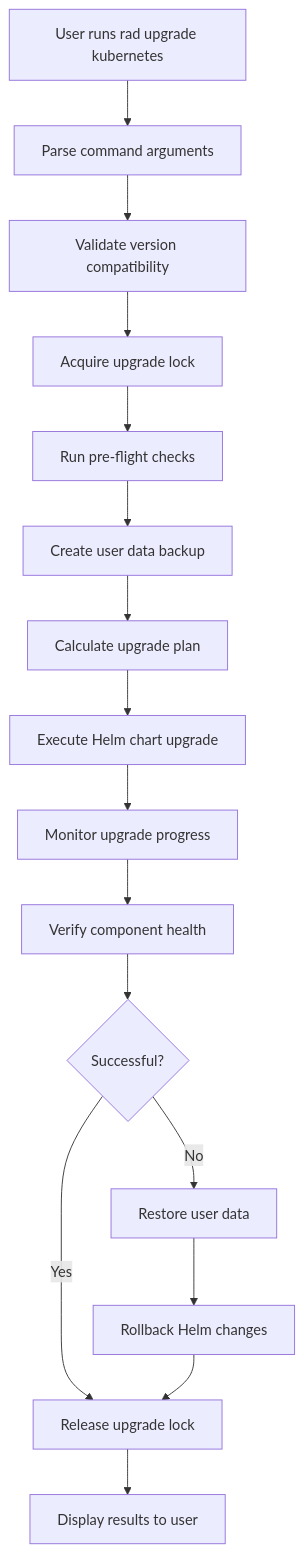
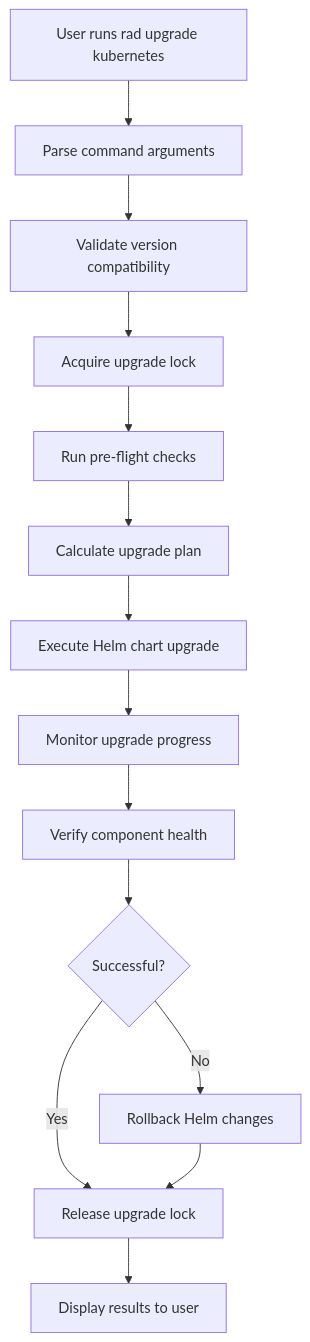
Before and after one commit to radius-project/design-notes: the third of 3 diagrams in architecture/2025-03-upgrade-design-doc.md, drawn with Mermaid. The commit also changed other lines of this file, not shown here.

````diff
--- a/architecture/2025-03-upgrade-design-doc.md
+++ b/architecture/2025-03-upgrade-design-doc.md
@@ -328,18 +314,16 @@
 ```mermaid
 graph TD
     Start[User runs rad upgrade kubernetes] --> ParseArgs[Parse command arguments]
     ParseArgs --> ValidateVersion[Validate version compatibility]
     ValidateVersion --> AcquireLock[Acquire upgrade lock]
     AcquireLock --> RunPreflights[Run pre-flight checks]
-    RunPreflights --> UserDataBackup[Create user data backup]
-    UserDataBackup --> PlanUpgrade[Calculate upgrade plan]
+    RunPreflights --> PlanUpgrade[Calculate upgrade plan]
     PlanUpgrade --> ExecuteHelmUpgrade[Execute Helm chart upgrade]
     ExecuteHelmUpgrade --> MonitorProgress[Monitor upgrade progress]
     MonitorProgress --> VerifyComponents[Verify component health]
     VerifyComponents --> Success{Successful?}
     Success -- Yes --> ReleaseLock[Release upgrade lock]
-    Success -- No --> UserDataRestore[Restore user data]
-    UserDataRestore --> RollbackHelm[Rollback Helm changes]
+    Success -- No --> RollbackHelm[Rollback Helm changes]
     RollbackHelm --> ReleaseLock
     ReleaseLock --> End[Display results to user]
 ```
````
